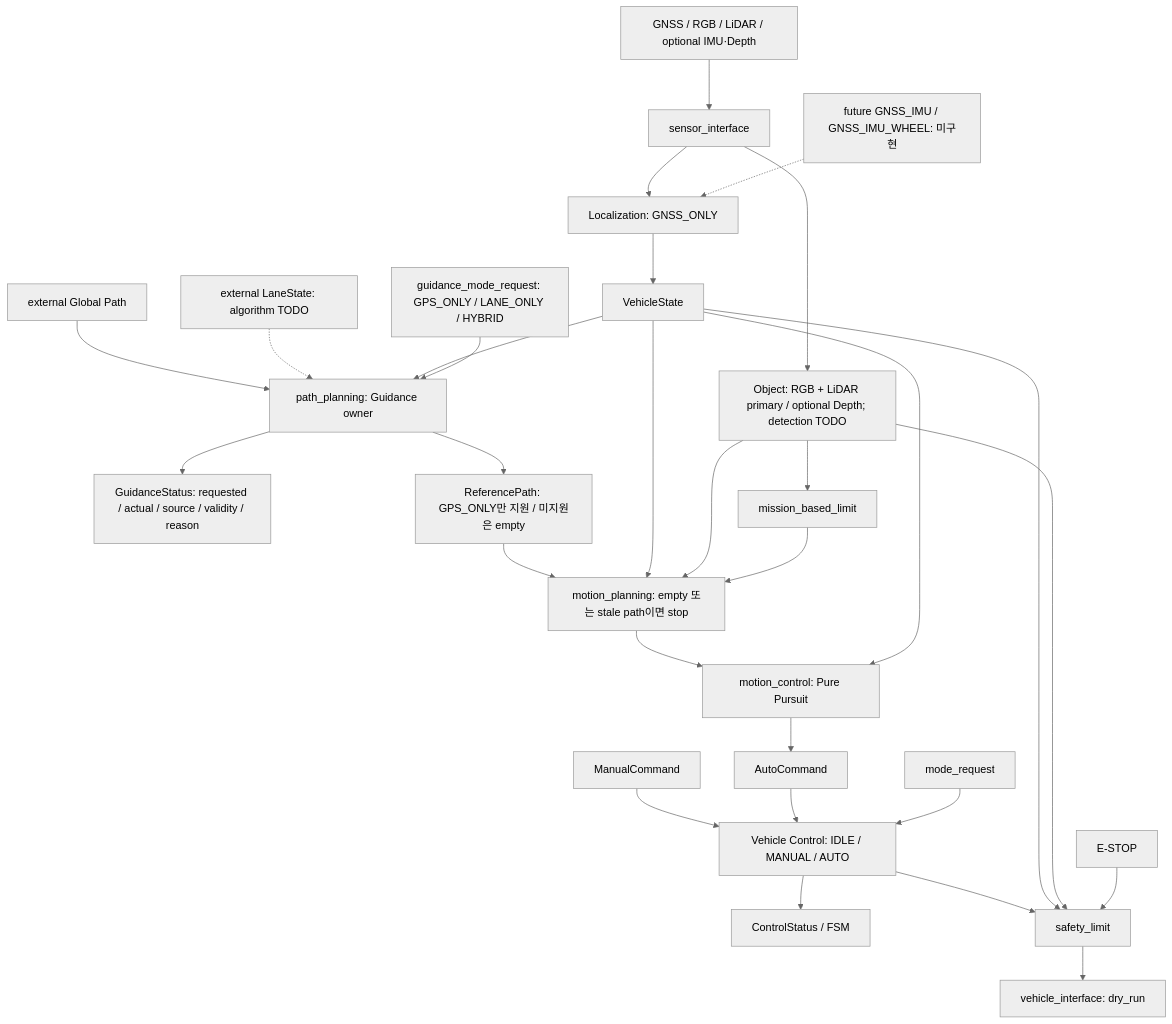
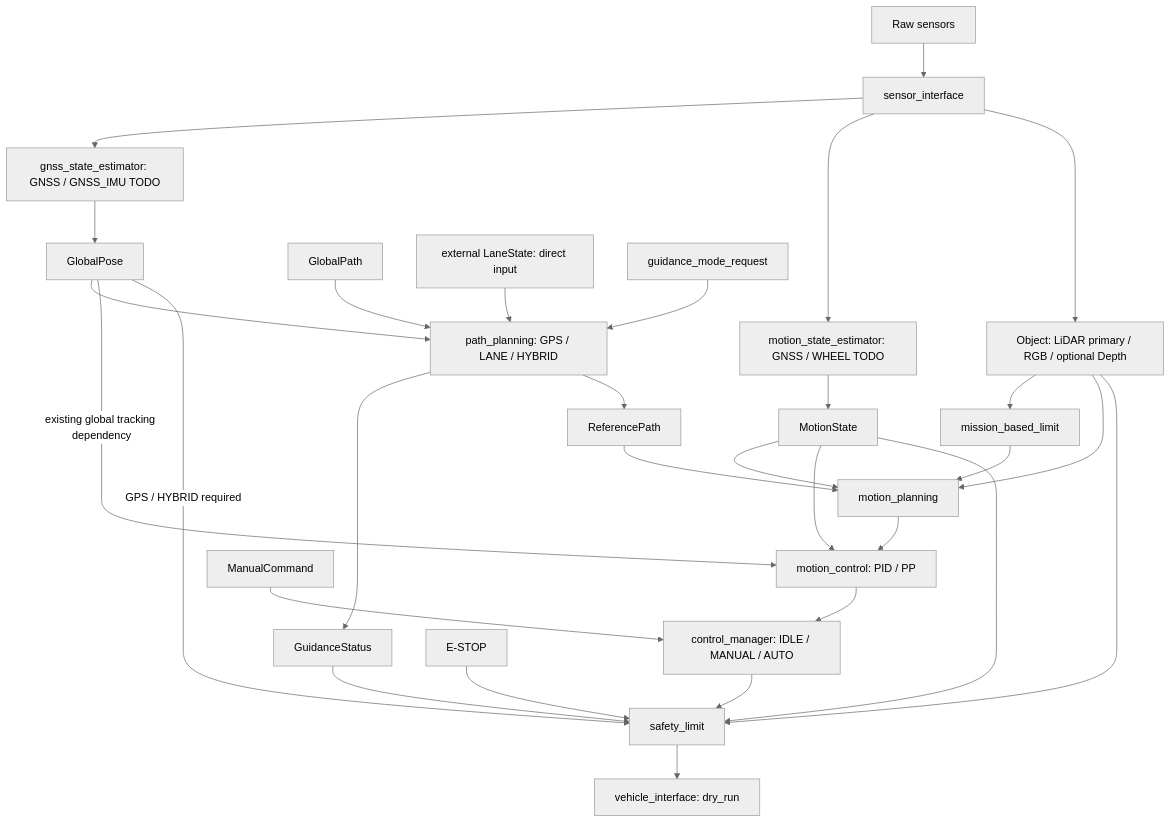
One commit to planta223/control_manager changed the second of 4 diagrams in doc/guidance_modes.md. Above: the diagram before and after it, drawn with Mermaid (neutral theme). The commit also changed other lines of this file and 35 other files, not shown here.

````diff
--- a/doc/guidance_modes.md
+++ b/doc/guidance_modes.md
@@ -40,31 +40,32 @@
 ```mermaid
 flowchart TD
-  S[GNSS / RGB / LiDAR / optional IMU·Depth] --> SI[sensor_interface]
-  SI --> E[Localization: GNSS_ONLY]
-  FUT[future GNSS_IMU / GNSS_IMU_WHEEL: 미구현] -.-> E
-  E --> V[VehicleState]
-  SI --> O[Object: RGB + LiDAR primary / optional Depth; detection TODO]
-  G[external Global Path] --> P[path_planning: Guidance owner]
-  L[external LaneState: algorithm TODO] -.-> P
-  V --> P
-  QG[guidance_mode_request: GPS_ONLY / LANE_ONLY / HYBRID] --> P
-  P --> GS[GuidanceStatus: requested / actual / source / validity / reason]
-  P --> R[ReferencePath: GPS_ONLY만 지원 / 미지원은 empty]
+  S[Raw sensors] --> SI[sensor_interface]
+  SI --> E[gnss_state_estimator: GNSS / GNSS_IMU TODO]
+  E --> GP[GlobalPose]
+  SI --> ME[motion_state_estimator: GNSS / WHEEL TODO]
+  ME --> MS[MotionState]
+  SI --> O[Object: LiDAR primary / RGB / optional Depth]
+  GP --> P[path_planning: GPS / LANE / HYBRID]
+  G[GlobalPath] --> P
+  L[external LaneState: direct input] --> P
+  QG[guidance_mode_request] --> P
+  P --> GS[GuidanceStatus]
+  P --> RP[ReferencePath]
+  RP --> MP[motion_planning]
+  MS --> MP
   O --> M[mission_based_limit]
-  R --> MP[motion_planning: empty 또는 stale path이면 stop]
-  V --> MP
   O --> MP
   M --> MP
-  MP --> MC[motion_control: Pure Pursuit]
-  V --> MC
-  MC --> A[AutoCommand]
-  U[ManualCommand] --> CM[Vehicle Control: IDLE / MANUAL / AUTO]
-  A --> CM
-  QC[mode_request] --> CM
-  CM --> ST[ControlStatus / FSM]
+  MP --> MC[motion_control: PID / PP]
+  MS --> MC
+  GP -->|existing global tracking dependency| MC
+  MC --> CM[control_manager: IDLE / MANUAL / AUTO]
+  U[ManualCommand] --> CM
   CM --> SL[safety_limit]
-  V --> SL
+  GS --> SL
+  MS --> SL
+  GP -->|GPS / HYBRID required| SL
   O --> SL
   ES[E-STOP] --> SL
   SL --> VI[vehicle_interface: dry_run]
 ```
````
